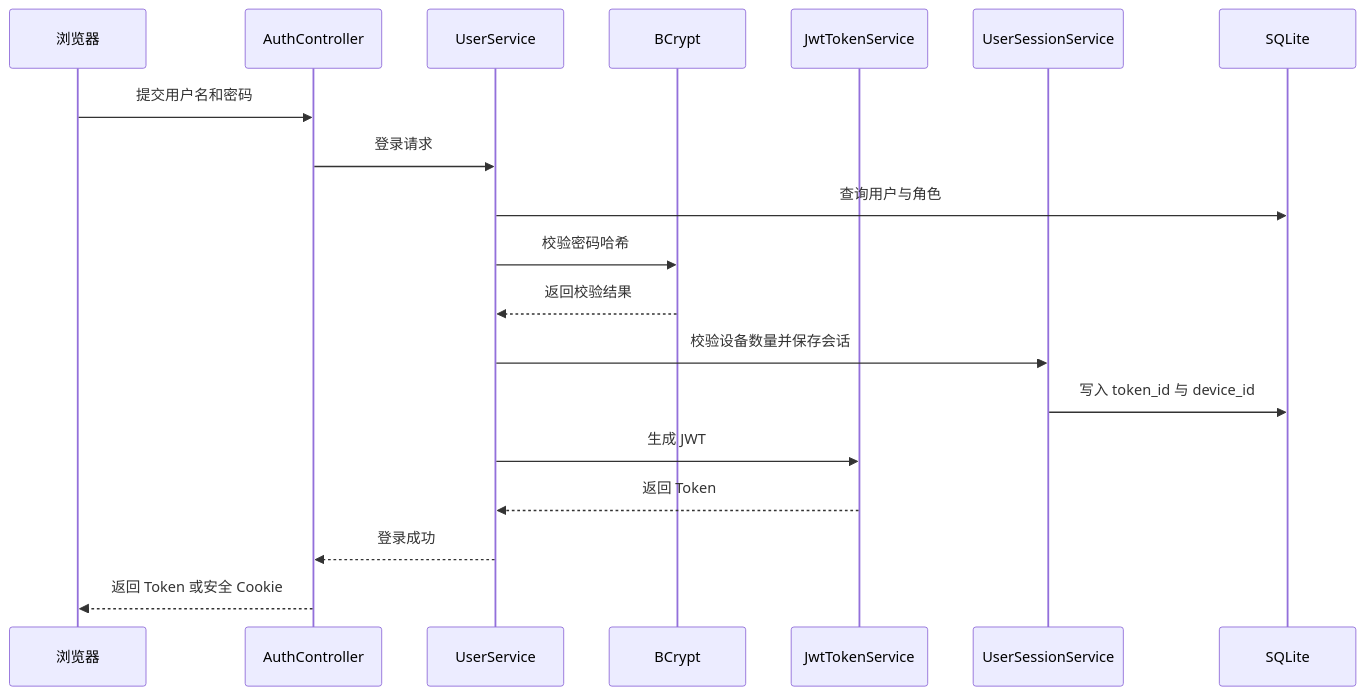
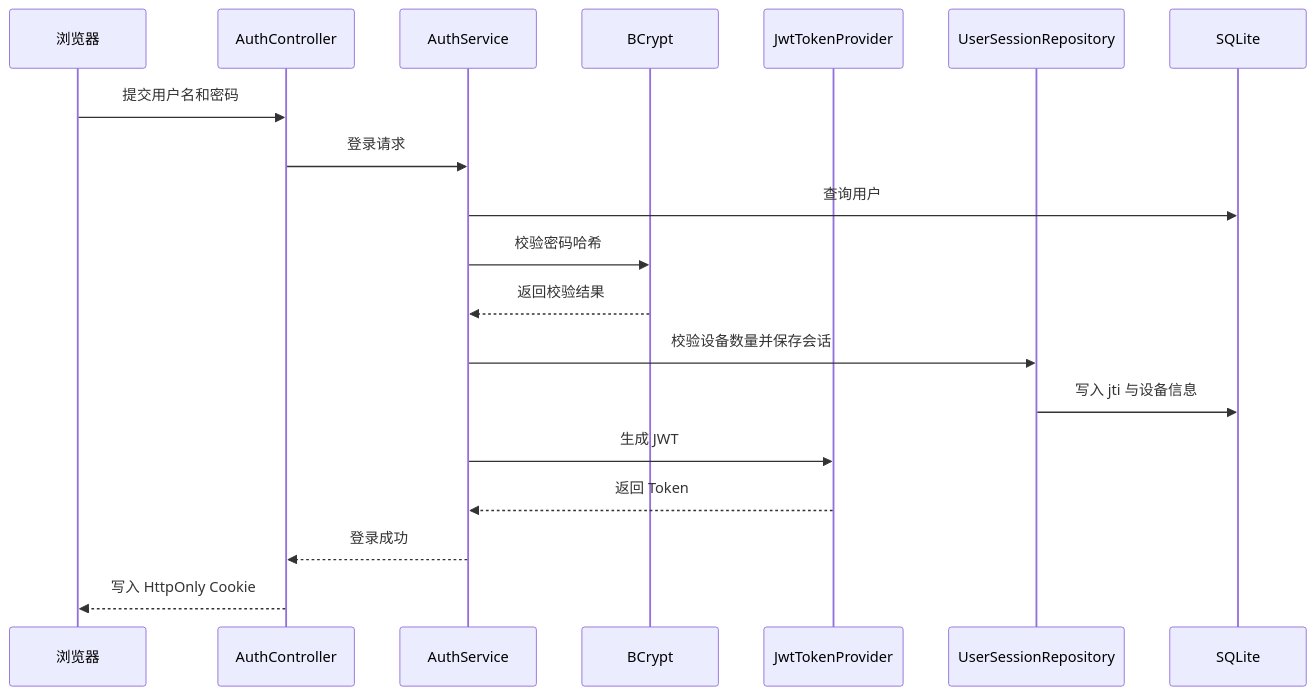
Before and after one commit to unknowIfGuestInDream/EcoVault: the third of 4 diagrams in docs/设计文档.md, drawn with Mermaid. The commit also changed other lines of this file and 79 other files, not shown here.

````diff
--- a/docs/设计文档.md
+++ b/docs/设计文档.md
@@ -203,22 +125,22 @@
 ```mermaid
 sequenceDiagram
     participant B as 浏览器
     participant C as AuthController
-    participant S as UserService
+    participant S as AuthService
     participant P as BCrypt
-    participant J as JwtTokenService
-    participant SS as UserSessionService
+    participant J as JwtTokenProvider
+    participant SS as UserSessionRepository
     participant DB as SQLite
 
     B->>C: 提交用户名和密码
     C->>S: 登录请求
-    S->>DB: 查询用户与角色
+    S->>DB: 查询用户
     S->>P: 校验密码哈希
     P-->>S: 返回校验结果
     S->>SS: 校验设备数量并保存会话
-    SS->>DB: 写入 token_id 与 device_id
+    SS->>DB: 写入 jti 与设备信息
     S->>J: 生成 JWT
     J-->>S: 返回 Token
     S-->>C: 登录成功
-    C-->>B: 返回 Token 或安全 Cookie
+    C-->>B: 写入 HttpOnly Cookie
 ```
````
